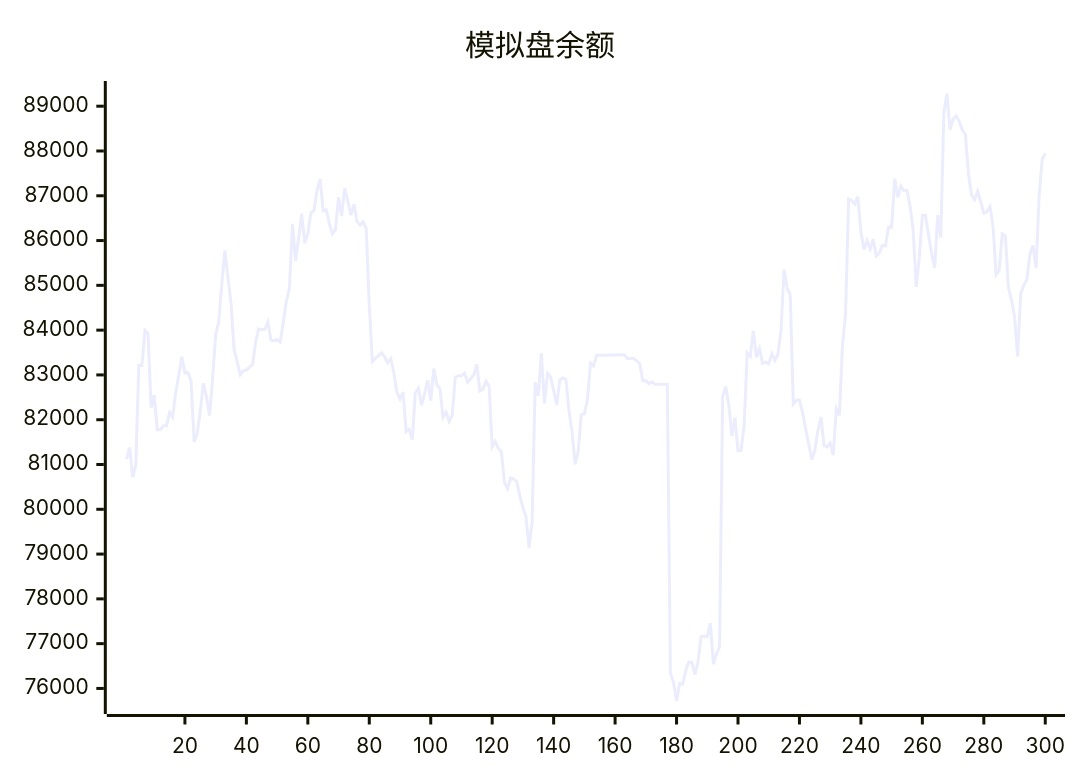
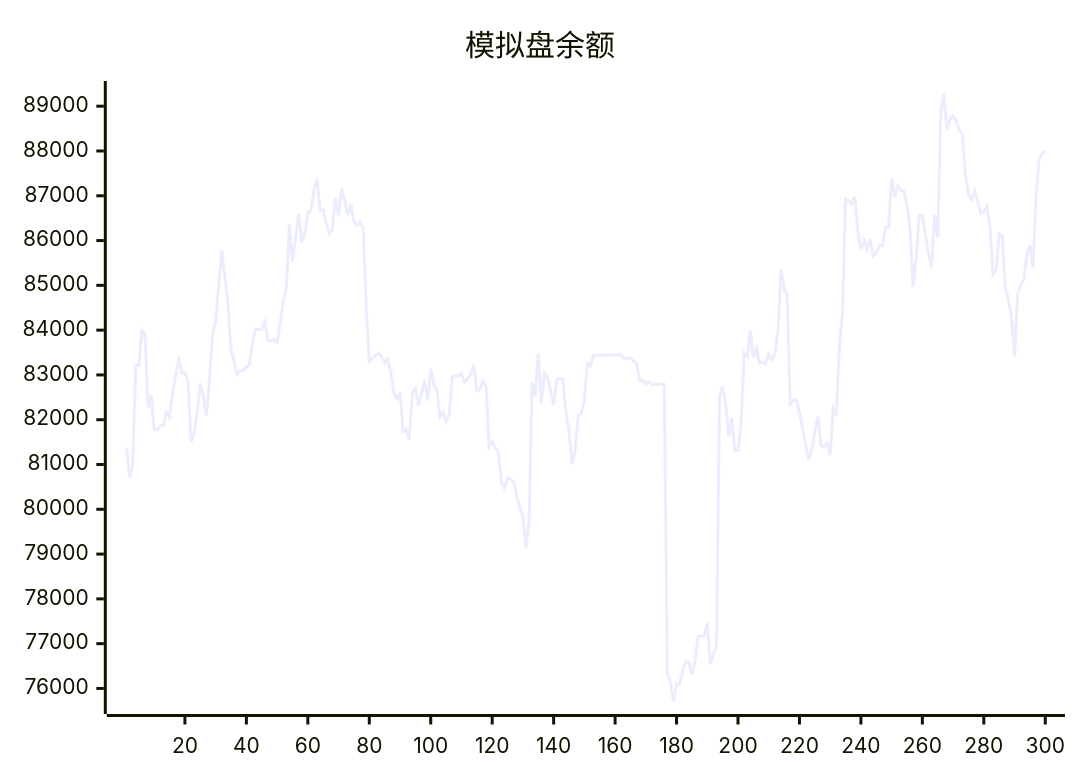
Before and after one commit to aahl/ai-trading: the diagram in README.md, drawn with Mermaid. The commit also changed other lines of this file and 1 other file, not shown here.

````diff
--- a/README.md
+++ b/README.md
@@ -5,5 +5,5 @@
 ```mermaid
 xychart
     title "模拟盘余额"
-    line [81120,81379,80718,80985,83214,83212,83993,83921,82270,82547,81776,81776,81866,81866,82158,82061,82596,83000,83408,83041,83050,82858,81503,81691,82188,82812,82517,82092,82901,83898,84180,85030,85781,85178,84604,83569,83298,83008,83093,83107,83175,83228,83729,84025,84017,84019,84177,83775,83762,83785,83738,84160,84639,84939,86370,85548,86046,86599,85942,86161,86622,86664,87115,87369,86666,86685,86384,86152,86243,86969,86548,87164,86885,86566,86809,86427,86348,86417,86273,84538,83299,83369,83430,83490,83404,83270,83362,83056,82605,82459,82614,81734,81788,81551,82598,82702,82320,82580,82878,82426,83139,82778,82686,82056,82166,81963,82110,82951,82983,82984,83038,82838,82915,82998,83235,82642,82682,82858,82746,81396,81512,81362,81277,80600,80461,80699,80673,80616,80288,80038,79836,79142,79722,82837,82533,83480,82366,83032,82960,82654,82330,82883,82934,82901,82188,81728,81005,81298,82110,82135,82449,83264,83203,83440,83439,83440,83440,83446,83447,83448,83447,83448,83449,83369,83369,83369,83313,83256,82872,82873,82801,82844,82785,82791,82791,82793,82794,76339,76145,75714,76110,76096,76397,76594,76585,76310,76607,77160,77170,77160,77456,76541,76774,76927,82520,82744,82337,81639,82040,81307,81314,81887,83490,83414,83984,83396,83594,83261,83287,83253,83470,83327,83465,83987,85348,84930,84786,82355,82433,82438,82167,81795,81466,81105,81315,81756,82064,81426,81398,81481,81210,82242,82099,83658,84359,86925,86892,86814,86980,86203,85802,86003,85811,86028,85657,85721,85896,85880,86300,86299,87378,86965,87214,87115,87118,86780,86238,84966,85623,86555,86562,86129,85722,85387,86569,86070,88870,89278,88477,88720,88781,88668,88467,88372,87493,87018,86917,87102,86870,86613,86644,86758,86317,85242,85334,86149,86106,84968,84671,84302,83410,84816,85001,85127,85693,85891,85384,87001,87811,87945]
+    line [81379,80718,80985,83214,83212,83993,83921,82270,82547,81776,81776,81866,81866,82158,82061,82596,83000,83408,83041,83050,82858,81503,81691,82188,82812,82517,82092,82901,83898,84180,85030,85781,85178,84604,83569,83298,83008,83093,83107,83175,83228,83729,84025,84017,84019,84177,83775,83762,83785,83738,84160,84639,84939,86370,85548,86046,86599,85942,86161,86622,86664,87115,87369,86666,86685,86384,86152,86243,86969,86548,87164,86885,86566,86809,86427,86348,86417,86273,84538,83299,83369,83430,83490,83404,83270,83362,83056,82605,82459,82614,81734,81788,81551,82598,82702,82320,82580,82878,82426,83139,82778,82686,82056,82166,81963,82110,82951,82983,82984,83038,82838,82915,82998,83235,82642,82682,82858,82746,81396,81512,81362,81277,80600,80461,80699,80673,80616,80288,80038,79836,79142,79722,82837,82533,83480,82366,83032,82960,82654,82330,82883,82934,82901,82188,81728,81005,81298,82110,82135,82449,83264,83203,83440,83439,83440,83440,83446,83447,83448,83447,83448,83449,83369,83369,83369,83313,83256,82872,82873,82801,82844,82785,82791,82791,82793,82794,76339,76145,75714,76110,76096,76397,76594,76585,76310,76607,77160,77170,77160,77456,76541,76774,76927,82520,82744,82337,81639,82040,81307,81314,81887,83490,83414,83984,83396,83594,83261,83287,83253,83470,83327,83465,83987,85348,84930,84786,82355,82433,82438,82167,81795,81466,81105,81315,81756,82064,81426,81398,81481,81210,82242,82099,83658,84359,86925,86892,86814,86980,86203,85802,86003,85811,86028,85657,85721,85896,85880,86300,86299,87378,86965,87214,87115,87118,86780,86238,84966,85623,86555,86562,86129,85722,85387,86569,86070,88870,89278,88477,88720,88781,88668,88467,88372,87493,87018,86917,87102,86870,86613,86644,86758,86317,85242,85334,86149,86106,84968,84671,84302,83410,84816,85001,85127,85693,85891,85384,87001,87811,87945,88007]
 ```
````
